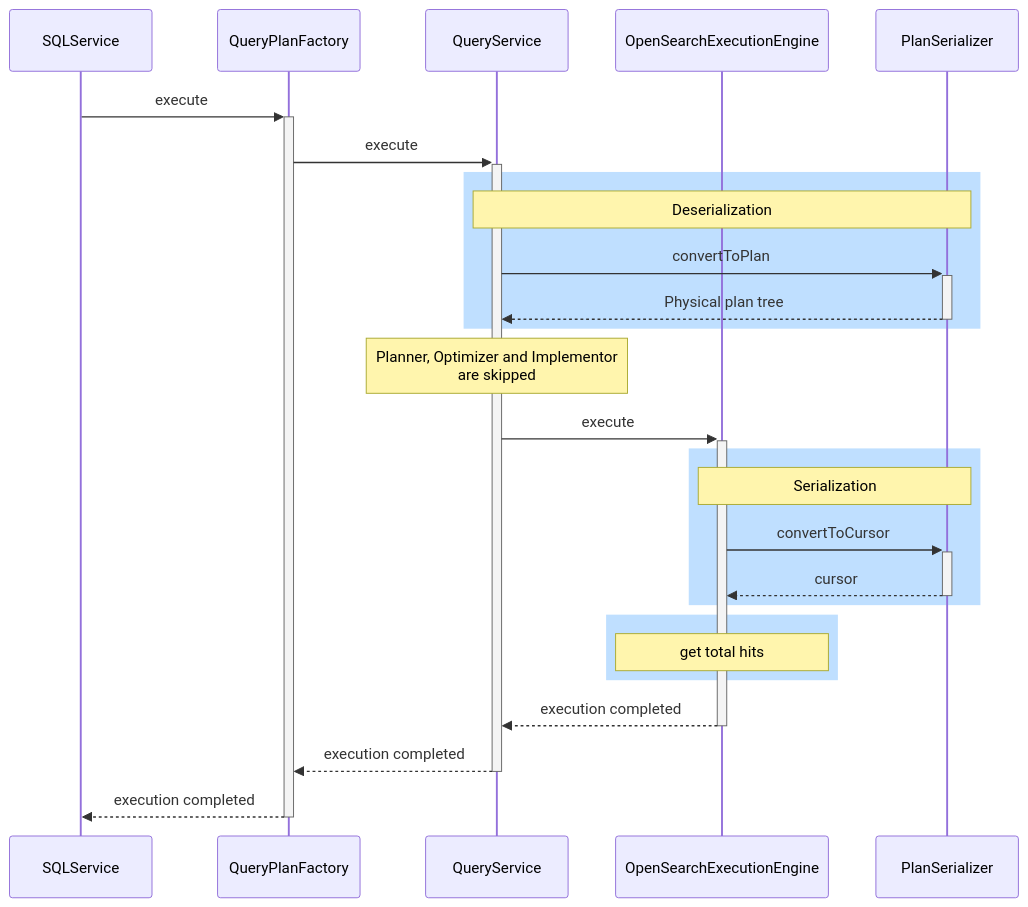
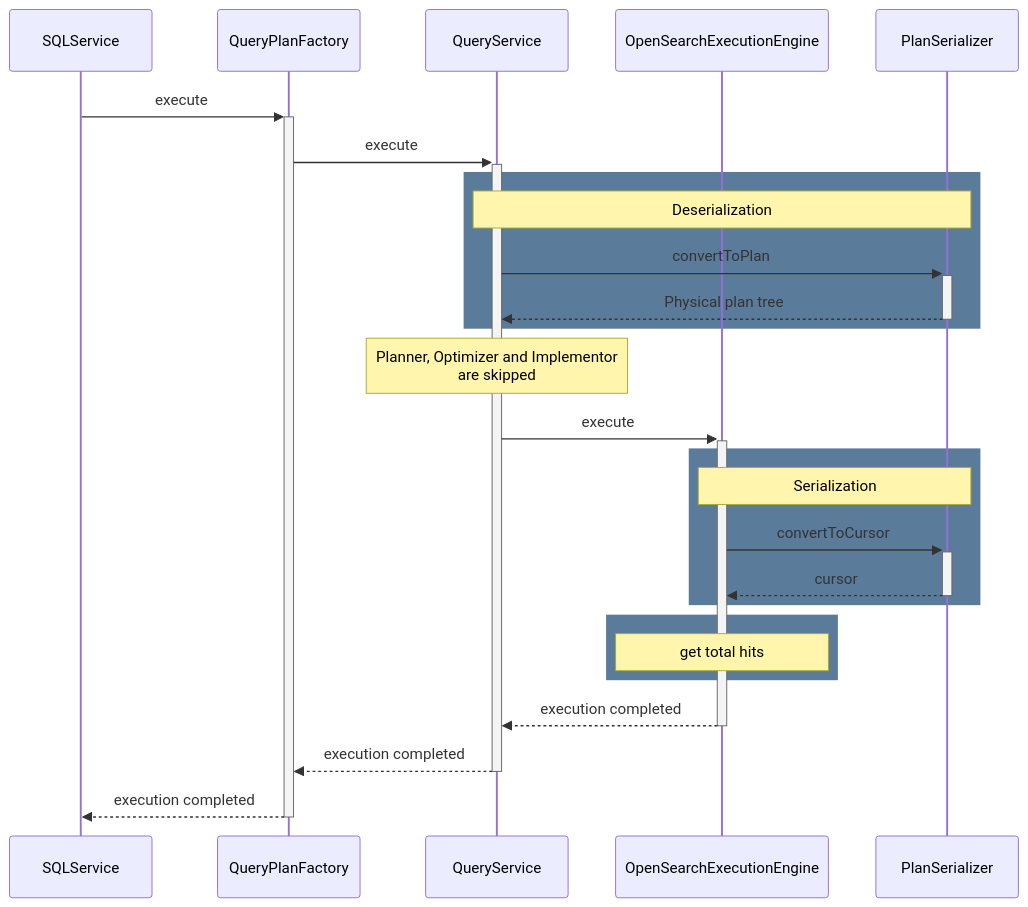
Diagram 17 of 22 in docs/dev/Pagination-v2.md (opensearch-project/sql), drawn with Mermaid before and after one commit. The commit also changed other lines of this file, not shown here.

````diff
--- a/docs/dev/Pagination-v2.md
+++ b/docs/dev/Pagination-v2.md
@@ -534,29 +537,29 @@
 ```mermaid
 sequenceDiagram
     participant SQLService
     participant QueryPlanFactory
     participant QueryService
     participant OpenSearchExecutionEngine
     participant PlanSerializer
 
 SQLService ->>+ QueryPlanFactory : execute
   QueryPlanFactory ->>+ QueryService : execute
-    rect rgb(191, 223, 255)
+    rect rgb(91, 123, 155)
     note over QueryService, PlanSerializer : Deserialization
     QueryService ->>+ PlanSerializer: convertToPlan
       PlanSerializer -->>- QueryService: Physical plan tree
     end
     Note over QueryService : Planner, Optimizer and Implementor<br />are skipped
     QueryService ->>+ OpenSearchExecutionEngine : execute
-      rect rgb(191, 223, 255)
+      rect rgb(91, 123, 155)
       note over OpenSearchExecutionEngine, PlanSerializer : Serialization
       OpenSearchExecutionEngine ->>+ PlanSerializer : convertToCursor
         PlanSerializer -->>- OpenSearchExecutionEngine : cursor
       end
-      rect rgb(191, 223, 255)
+      rect rgb(91, 123, 155)
       Note over OpenSearchExecutionEngine : get total hits
       end
       OpenSearchExecutionEngine -->>- QueryService: execution completed
     QueryService -->>- QueryPlanFactory : execution completed
   QueryPlanFactory -->>- SQLService : execution completed
 ```
````
